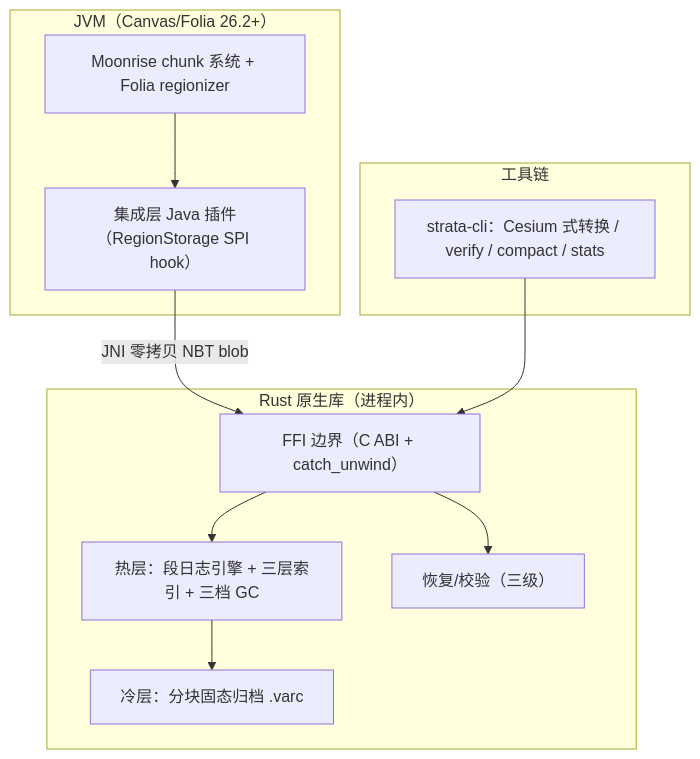
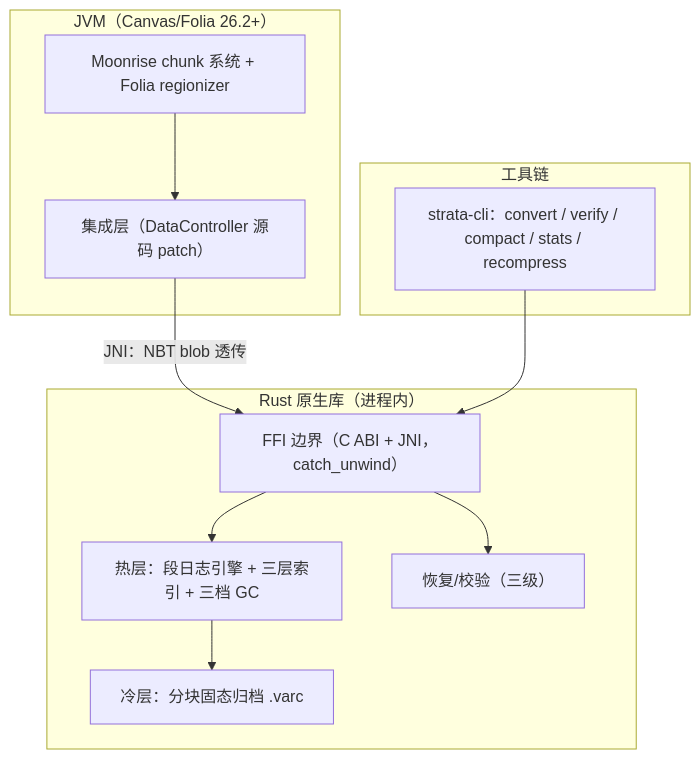
The diagram in README.md (wosnxn123/Strata), drawn with Mermaid before and after one commit. The commit also changed other lines of this file and 5 other files, not shown here.

````diff
--- a/README.md
+++ b/README.md
@@ -24,22 +117,22 @@
 ```mermaid
 graph TB
     subgraph JVM["JVM（Canvas/Folia 26.2+）"]
         MC["Moonrise chunk 系统 + Folia regionizer"]
-        SHIM["集成层 Java 插件（RegionStorage SPI hook）"]
+        SHIM["集成层（DataController 源码 patch）"]
         MC --> SHIM
     end
     subgraph NATIVE["Rust 原生库（进程内）"]
-        FFI["FFI 边界（C ABI + catch_unwind）"]
+        FFI["FFI 边界（C ABI + JNI，catch_unwind）"]
         HOT["热层：段日志引擎 + 三层索引 + 三档 GC"]
         COLD["冷层：分块固态归档 .varc"]
         RECOV["恢复/校验（三级）"]
         FFI --> HOT
         HOT --> COLD
         FFI --> RECOV
     end
     subgraph TOOLING["工具链"]
-        CLI["strata-cli：Cesium 式转换 / verify / compact / stats"]
+        CLI["strata-cli：convert / verify / compact / stats / recompress"]
     end
-    SHIM -- "JNI 零拷贝 NBT blob" --> FFI
+    SHIM -- "JNI：NBT blob 透传" --> FFI
     CLI --> FFI
 ```
````
